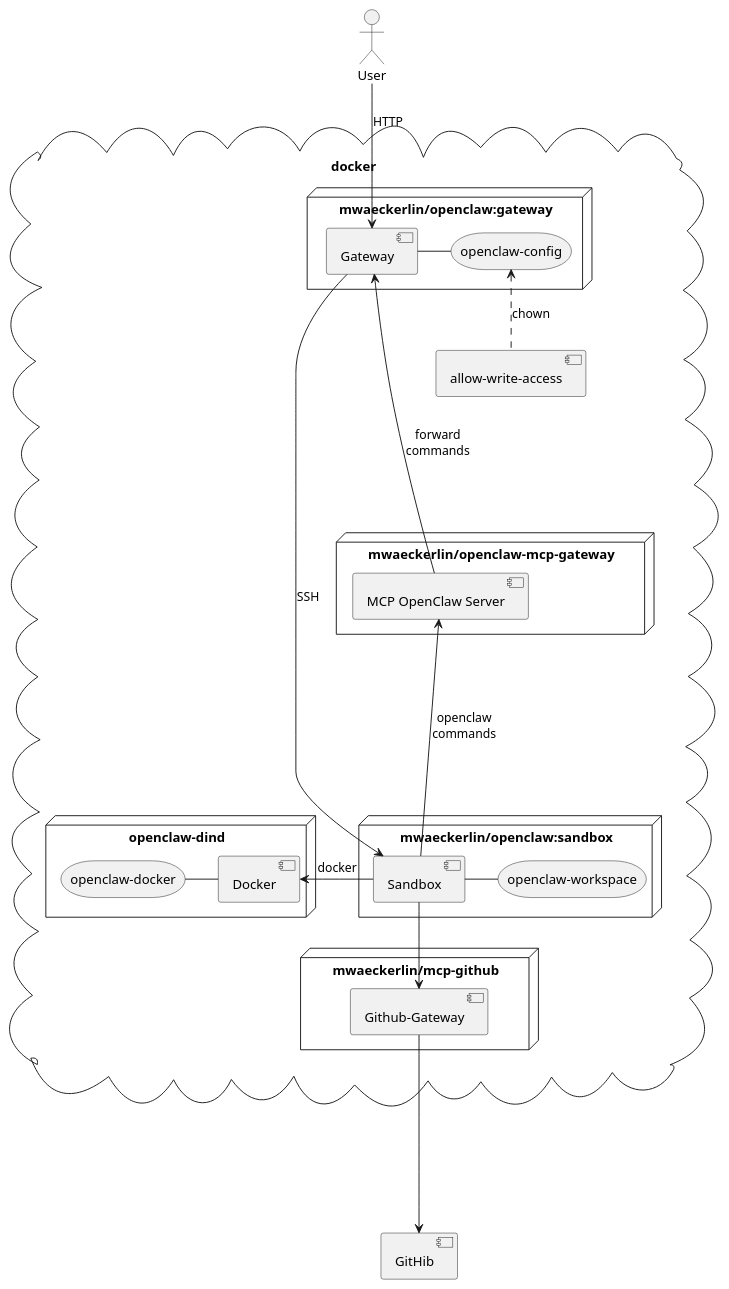
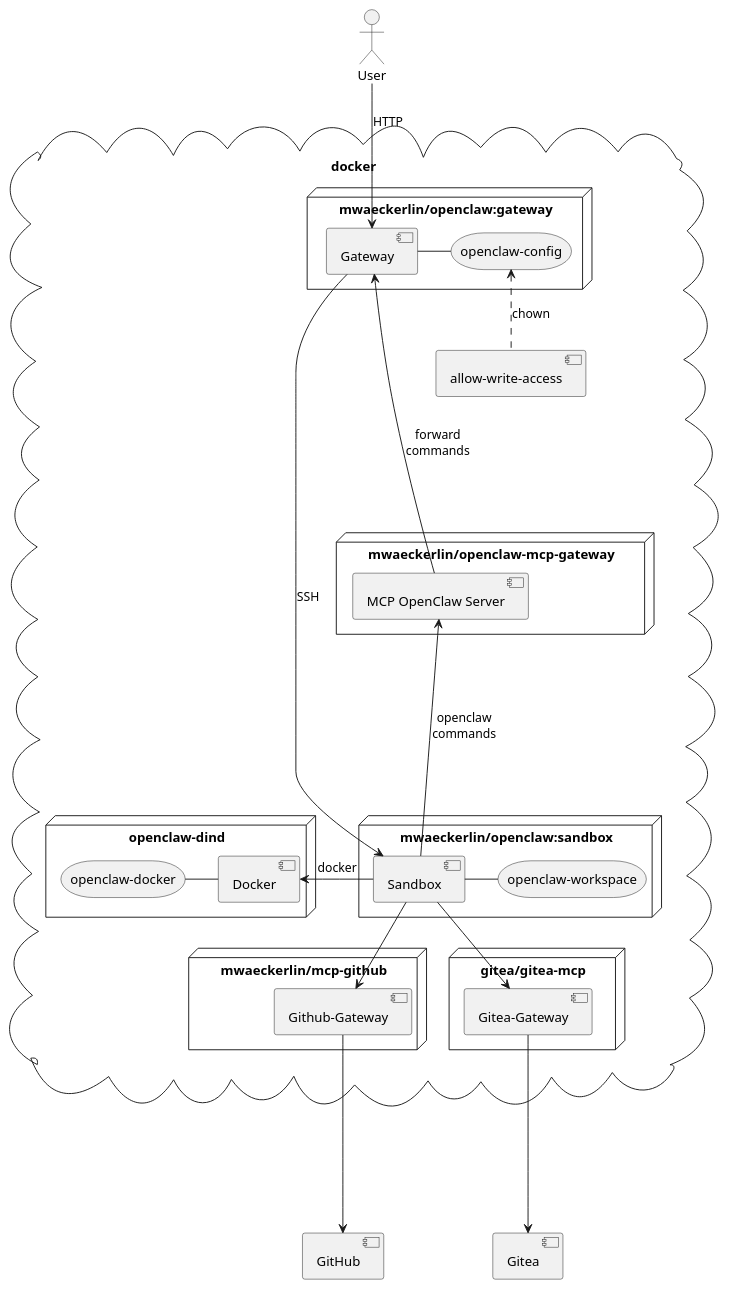
Before and after one commit to mwaeckerlin/openclaw: the second of 2 diagrams in README.md, drawn with PlantUML. The commit also changed other lines of this file and 2 other files, not shown here.

Commit message:
feat: integrate mcp-gitea for Gitea API support
- Add dedicated mcp-gitea Docker service (gitea/gitea-mcp) mirroring mcp-github architecture
- Add sandbox-mcp-gitea network for isolated container communication
- Add MCP_GITEA_URL to sandbox environment (http://mcp-gitea:8080)
- Export MCP_GITEA_URL in sandbox-entrypoint.sh so SSH users can read it
- Update README: document mcp-gitea in security model, architecture diagram, and config table
- Fix typo: GitHib -> GitHub in architecture diagram

Agent-Logs-Url: https://github.com/mwaeckerlin/openclaw/sessions/4483a09a-5ca4-4328-a372-a33f8aba5a3d

````diff
--- a/README.md
+++ b/README.md
@@ -81,46 +82,52 @@
 ```plantuml
 
 @startuml architecture
 actor User as user
 
 cloud docker {
 
   node "mwaeckerlin/openclaw:gateway" as gw {
     [Gateway] as ctrl
     storage "openclaw-config" as cfg
     ctrl - cfg
   }
 
   node "mwaeckerlin/openclaw-mcp-gateway" {
     [MCP OpenClaw Server] as mcp
   }
 
   node "mwaeckerlin/openclaw:sandbox" as sb {
     [Sandbox] as sshd
     storage "openclaw-workspace" as ws
     sshd -right- ws
   }
 
   node "openclaw-dind" as dind {
     [Docker] as dd
     storage "openclaw-docker" as dv
     dd -left- dv
   }
 
   node "mwaeckerlin/mcp-github" {
     [Github-Gateway] as gh
   }
 
+  node "gitea/gitea-mcp" {
+    [Gitea-Gateway] as gt
+  }
+
   component "allow-write-access" as aw
 }
 
 user --> ctrl : "HTTP"
 ctrl --> sshd : "SSH"
 sshd --up--> mcp : openclaw\ncommands
 mcp --up--> ctrl : forward\ncommands
 sshd -left-> dd : docker
 aw .up.> cfg : chown
 sshd --> gh
-gh ----> [GitHib]
+gh ----> [GitHub]
+sshd --> gt
+gt ----> [Gitea]
 @enduml
 ```
````
